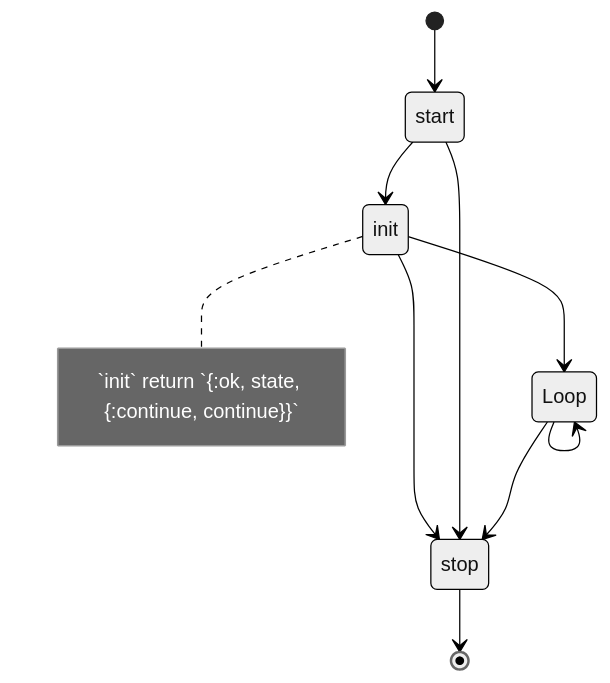
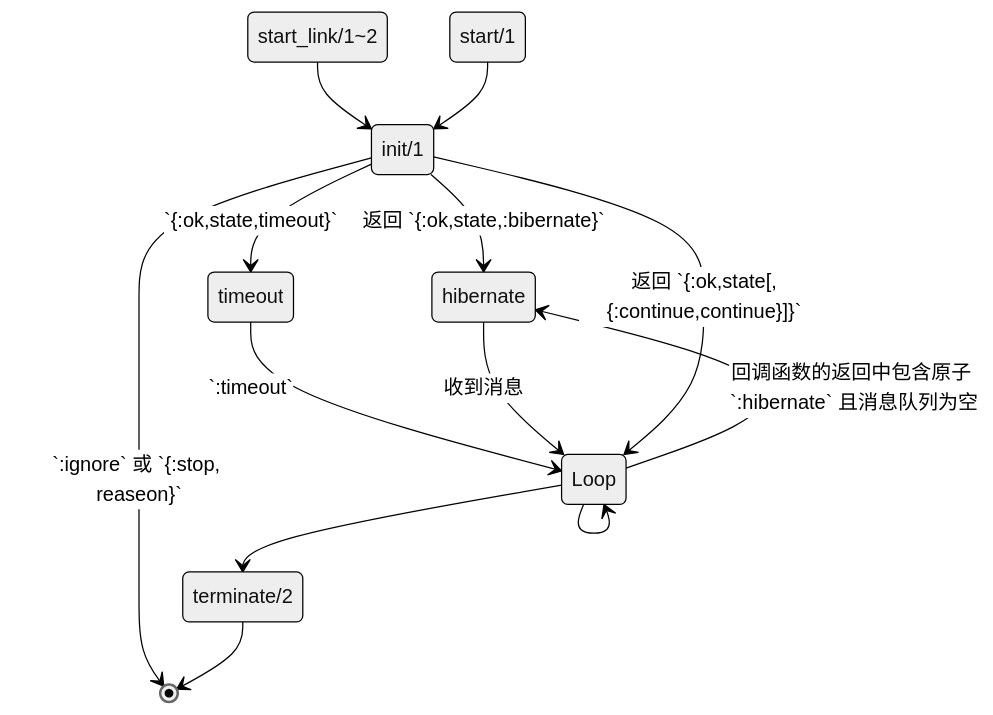
Before and after one commit to KeepZen/the-corner-of-elixir: the first of 2 diagrams in ch12.process.md, drawn with Mermaid (neutral theme). The commit also changed other lines of this file and 1 other file, not shown here.

````diff
--- a/ch12.process.md
+++ b/ch12.process.md
@@ -249,14 +231,15 @@
 ```mermaid
 stateDiagram-v2
-[*] --> start
-start --> init
-note right of init
-   `init` return `{:ok, state, {:continue, continue}}`
-end note
-init --> stop
-start --> stop
-init --> Loop
+start_link/1~2 --> init/1
+start/1 --> init/1
+init/1 --> [*]: `#58;ignore` 或 `{#58;stop, reaseon}`
+init/1 --> hibernate: 返回 `{#58;ok,state,#58;bibernate}`
+init/1 --> timeout: `{#58;ok,state,timeout}`
+timeout --> Loop: `#58;timeout`
+Loop --> hibernate: 回调函数的返回中包含原子 `#58;hibernate` 且消息队列为空
+hibernate --> Loop: 收到消息
+init/1 --> Loop: 返回 `{#58;ok,state[,{#58;continue,continue}]}`
 Loop --> Loop
-Loop --> stop
-stop --> [*]
+Loop --> terminate/2
+terminate/2 --> [*]
 ```
````
